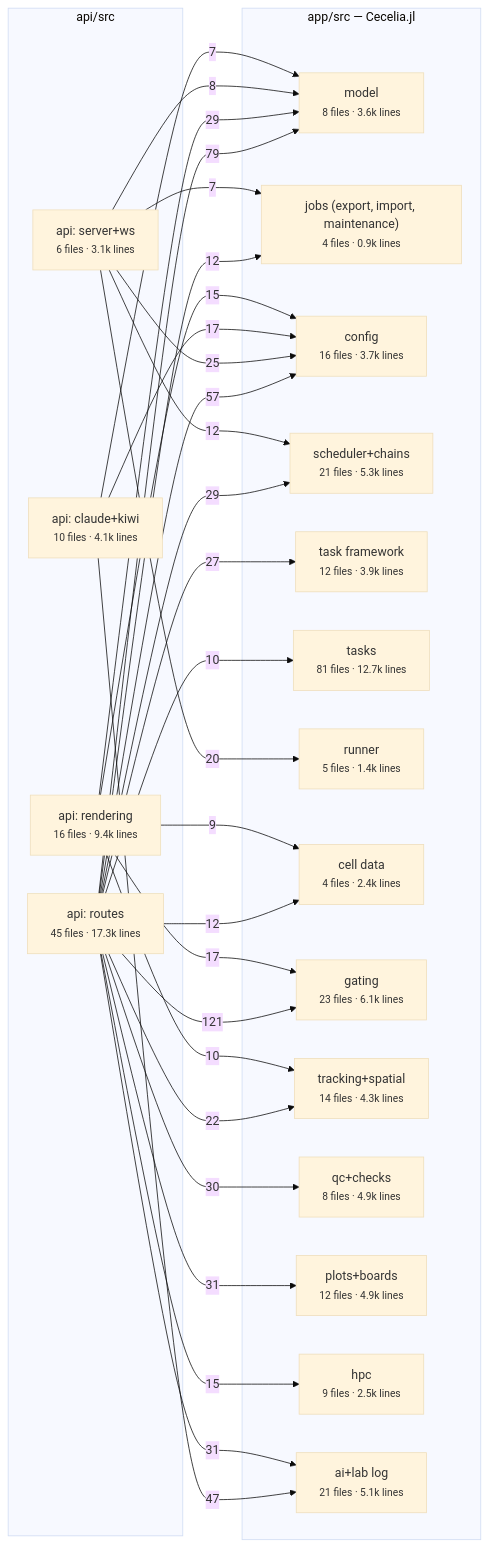
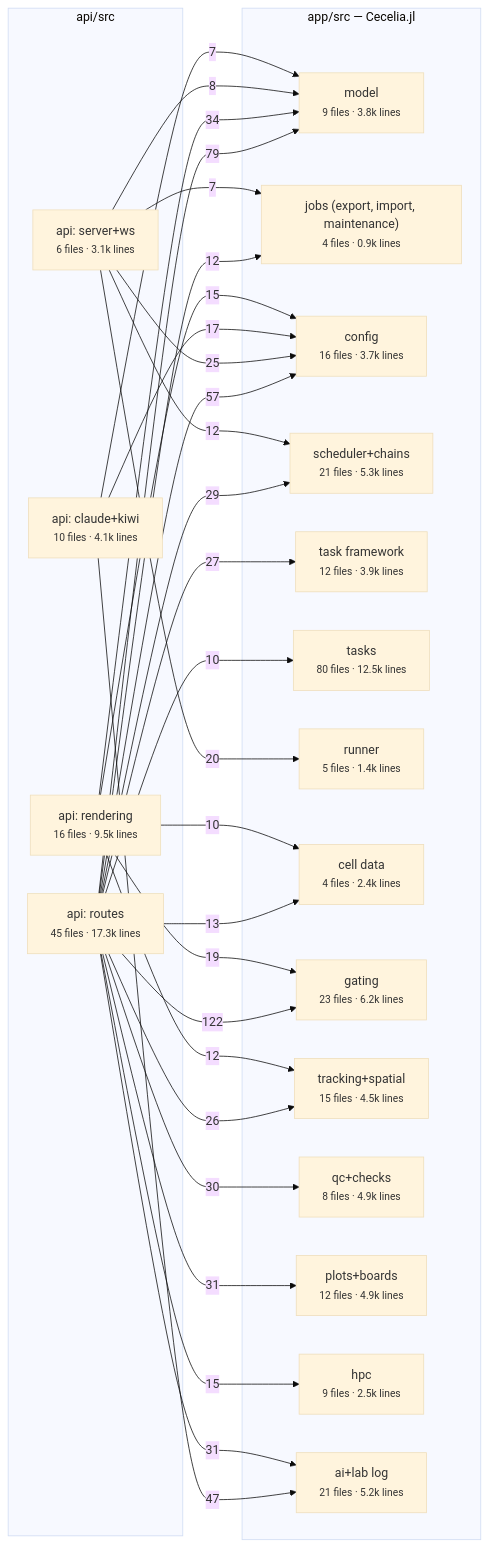
The second of 2 diagrams in docs/architecture/julia/areas.md (schienstockd/cecelia), drawn with Mermaid (base theme) before and after one commit. The commit also changed other lines of this file and 20 other files, not shown here.

````diff
--- a/docs/architecture/julia/areas.md
+++ b/docs/architecture/julia/areas.md
@@ -65,51 +64,51 @@
 ```mermaid
 flowchart LR
   subgraph API["api/src"]
     api__server_ws["api: server+ws<br/><small>6 files · 3.1k lines</small>"]
-    api__rendering["api: rendering<br/><small>16 files · 9.4k lines</small>"]
+    api__rendering["api: rendering<br/><small>16 files · 9.5k lines</small>"]
     api__claude_kiwi["api: claude+kiwi<br/><small>10 files · 4.1k lines</small>"]
     api__routes["api: routes<br/><small>45 files · 17.3k lines</small>"]
   end
   subgraph PKG["app/src — Cecelia.jl"]
-    model["model<br/><small>8 files · 3.6k lines</small>"]
+    model["model<br/><small>9 files · 3.8k lines</small>"]
     jobs__export__import__maintenance_["jobs (export, import, maintenance)<br/><small>4 files · 0.9k lines</small>"]
     config["config<br/><small>16 files · 3.7k lines</small>"]
     scheduler_chains["scheduler+chains<br/><small>21 files · 5.3k lines</small>"]
     task_framework["task framework<br/><small>12 files · 3.9k lines</small>"]
-    tasks["tasks<br/><small>81 files · 12.7k lines</small>"]
+    tasks["tasks<br/><small>80 files · 12.5k lines</small>"]
     runner["runner<br/><small>5 files · 1.4k lines</small>"]
     cell_data["cell data<br/><small>4 files · 2.4k lines</small>"]
-    gating["gating<br/><small>23 files · 6.1k lines</small>"]
-    tracking_spatial["tracking+spatial<br/><small>14 files · 4.3k lines</small>"]
+    gating["gating<br/><small>23 files · 6.2k lines</small>"]
+    tracking_spatial["tracking+spatial<br/><small>15 files · 4.5k lines</small>"]
     qc_checks["qc+checks<br/><small>8 files · 4.9k lines</small>"]
     plots_boards["plots+boards<br/><small>12 files · 4.9k lines</small>"]
     hpc["hpc<br/><small>9 files · 2.5k lines</small>"]
-    ai_lab_log["ai+lab log<br/><small>21 files · 5.1k lines</small>"]
+    ai_lab_log["ai+lab log<br/><small>21 files · 5.2k lines</small>"]
   end
-  api__routes -->|121| gating
+  api__routes -->|122| gating
   api__routes -->|79| model
   api__routes -->|57| config
   api__claude_kiwi -->|47| ai_lab_log
+  api__rendering -->|34| model
   api__routes -->|31| ai_lab_log
   api__routes -->|31| plots_boards
   api__routes -->|30| qc_checks
-  api__rendering -->|29| model
   api__routes -->|29| scheduler_chains
   api__routes -->|27| task_framework
+  api__routes -->|26| tracking_spatial
   api__server_ws -->|25| config
-  api__routes -->|22| tracking_spatial
   api__server_ws -->|20| runner
+  api__rendering -->|19| gating
   api__claude_kiwi -->|17| config
-  api__rendering -->|17| gating
   api__rendering -->|15| config
   api__routes -->|15| hpc
-  api__routes -->|12| cell_data
+  api__routes -->|13| cell_data
+  api__rendering -->|12| tracking_spatial
   api__routes -->|12| jobs__export__import__maintenance_
   api__server_ws -->|12| scheduler_chains
-  api__rendering -->|10| tracking_spatial
+  api__rendering -->|10| cell_data
   api__routes -->|10| tasks
-  api__rendering -->|9| cell_data
   api__server_ws -->|8| model
   api__claude_kiwi -->|7| model
   api__server_ws -->|7| jobs__export__import__maintenance_
 ```
````
